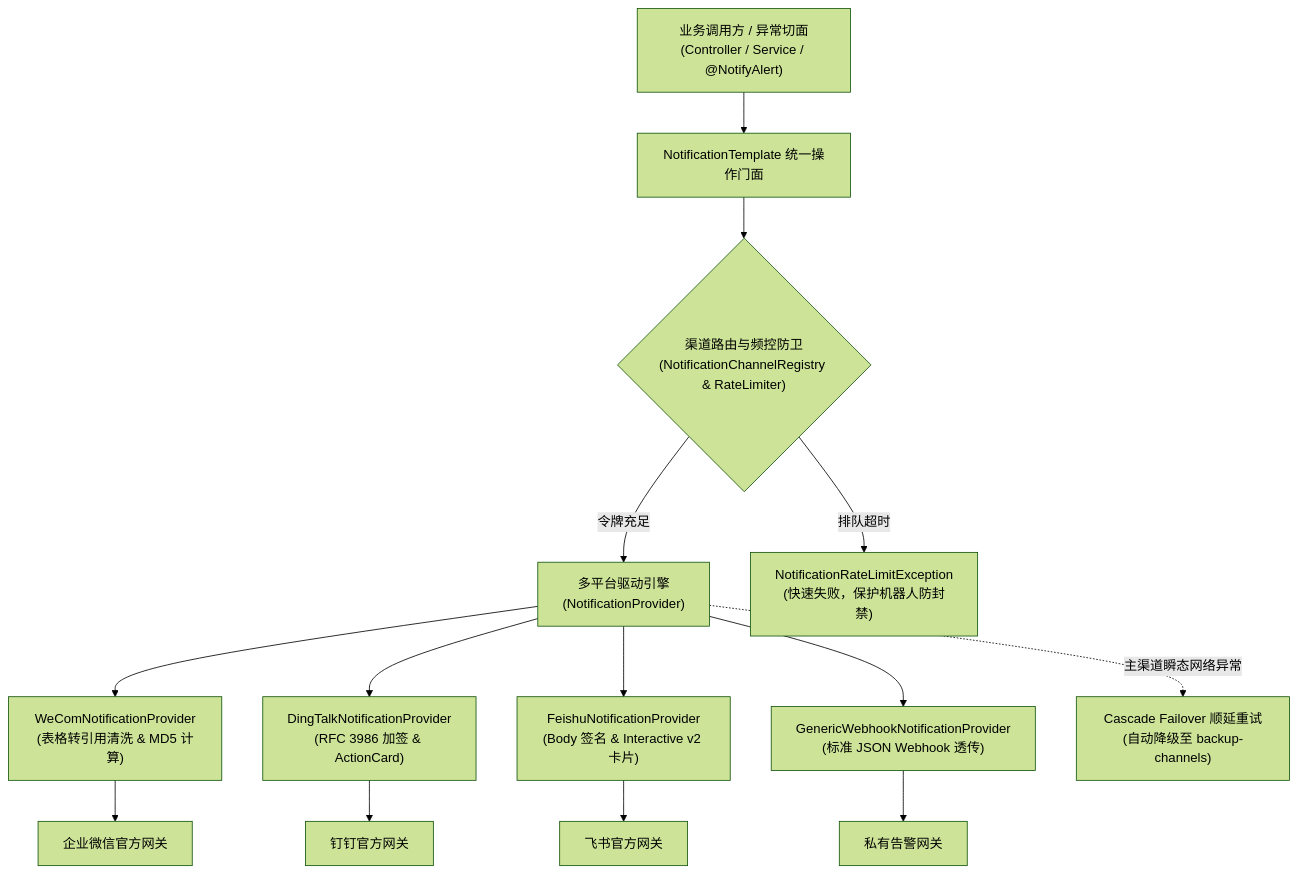
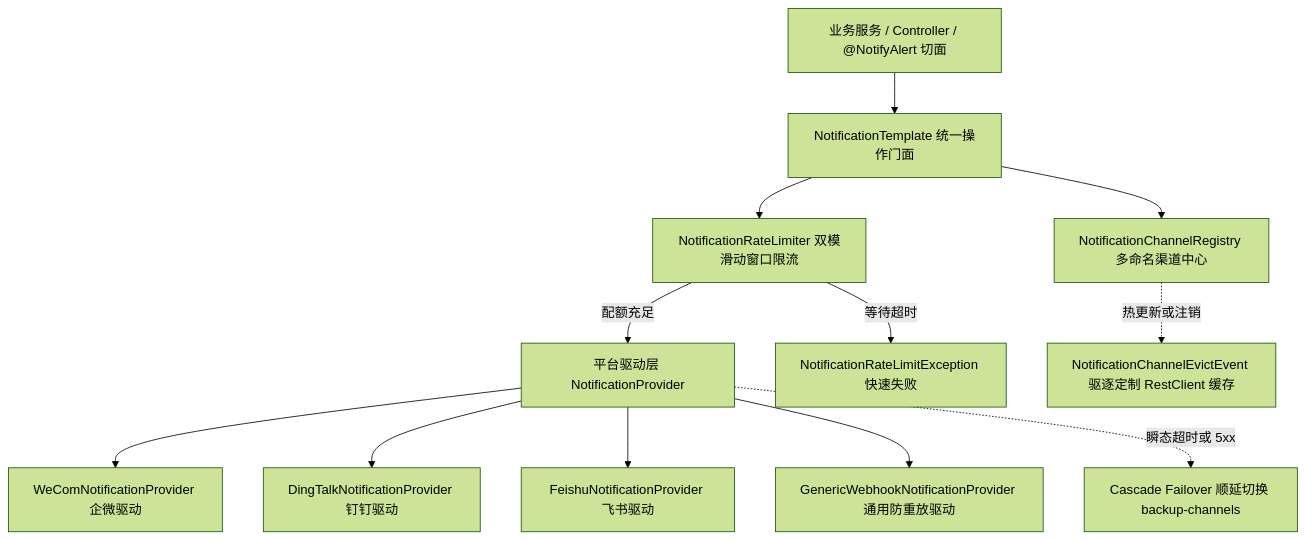
Before and after one commit to atengk/ateng-boot: the diagram in ateng-boot-notification/README.md, drawn with Mermaid (forest theme). The commit also changed other lines of this file and 4 other files, not shown here.

````diff
--- a/ateng-boot-notification/README.md
+++ b/ateng-boot-notification/README.md
@@ -95,16 +96,14 @@
 ```mermaid
 flowchart TD
-    A["业务调用方 / 异常切面<br>(Controller / Service / @NotifyAlert)"] --> B["NotificationTemplate 统一操作门面"]
-    B --> C{"渠道路由与频控防卫<br>(NotificationChannelRegistry & RateLimiter)"}
-    C -->|令牌充足| D["多平台驱动引擎<br>(NotificationProvider)"]
-    C -->|排队超时| E["NotificationRateLimitException<br>(快速失败，保护机器人防封禁)"]
-    D --> F1["WeComNotificationProvider<br>(表格转引用清洗 & MD5 计算)"]
-    D --> F2["DingTalkNotificationProvider<br>(RFC 3986 加签 & ActionCard)"]
-    D --> F3["FeishuNotificationProvider<br>(Body 签名 & Interactive v2 卡片)"]
-    D --> F4["GenericWebhookNotificationProvider<br>(标准 JSON Webhook 透传)"]
-    F1 --> G1["企业微信官方网关"]
-    F2 --> G2["钉钉官方网关"]
-    F3 --> G3["飞书官方网关"]
-    F4 --> G4["私有告警网关"]
-    D -.->|主渠道瞬态网络异常| H["Cascade Failover 顺延重试<br>(自动降级至 backup-channels)"]
+    Caller["业务服务 / Controller / @NotifyAlert 切面"] --> Facade["NotificationTemplate 统一操作门面"]
+    Facade --> Registry["NotificationChannelRegistry 多命名渠道中心"]
+    Facade --> Limiter["NotificationRateLimiter 双模滑动窗口限流"]
+    Limiter -->|"配额充足"| Drivers["平台驱动层 NotificationProvider"]
+    Limiter -->|"等待超时"| RateEx["NotificationRateLimitException 快速失败"]
+    Drivers --> WeCom["WeComNotificationProvider 企微驱动"]
+    Drivers --> Ding["DingTalkNotificationProvider 钉钉驱动"]
+    Drivers --> Feishu["FeishuNotificationProvider 飞书驱动"]
+    Drivers --> Generic["GenericWebhookNotificationProvider 通用防重放驱动"]
+    Drivers -.->|"瞬态超时或 5xx"| Failover["Cascade Failover 顺延切换 backup-channels"]
+    Registry -.->|"热更新或注销"| Evict["NotificationChannelEvictEvent 驱逐定制 RestClient 缓存"]
 ```
````
